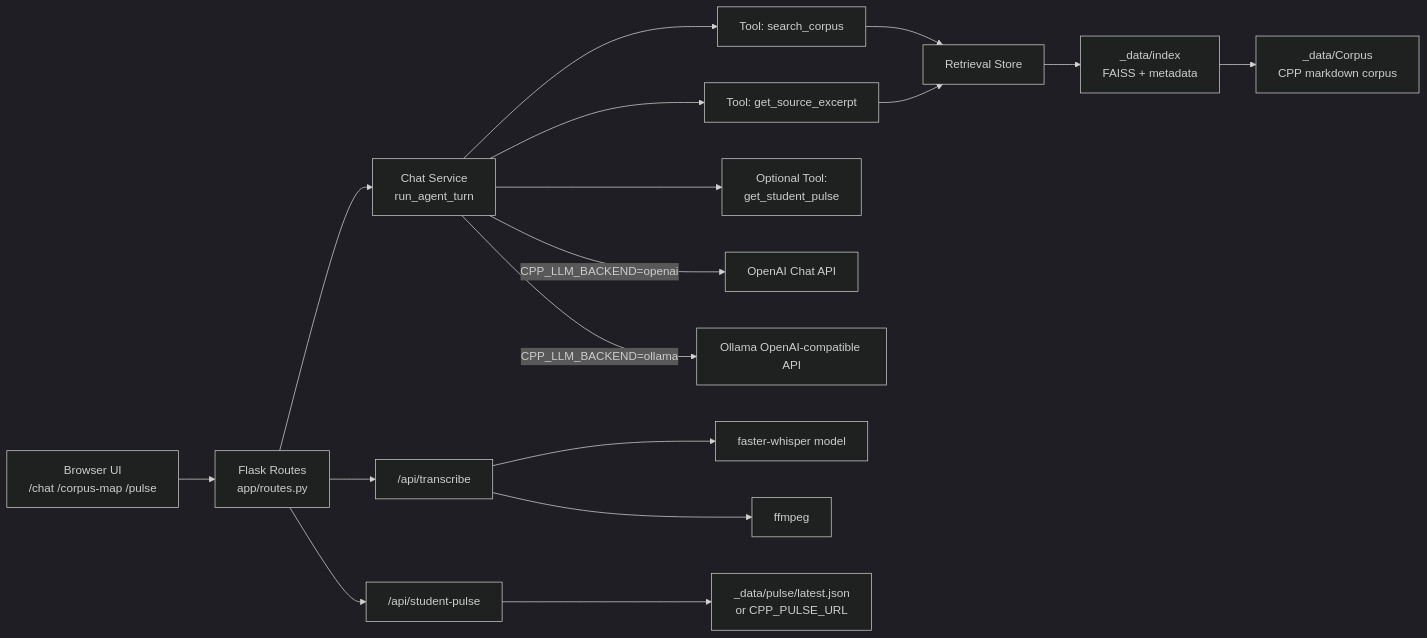
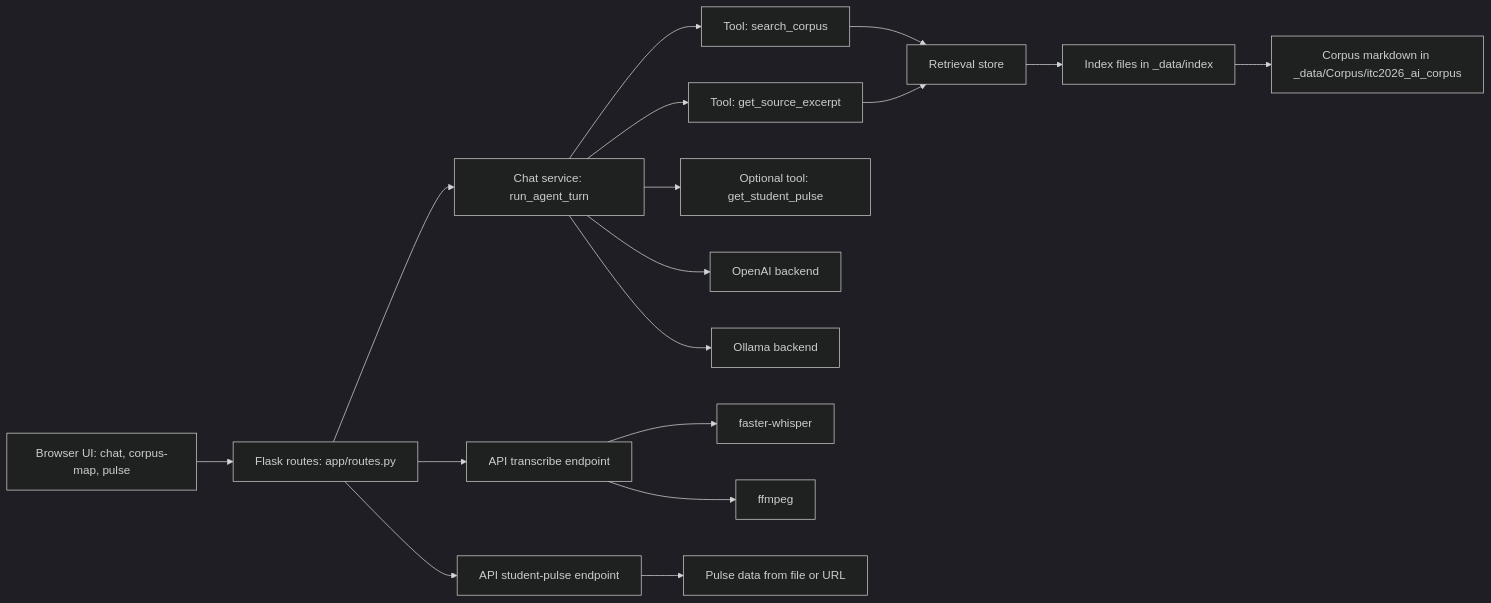
One commit to farmertakeover/Agent-Broncos_ITC-AI-Competition changed the diagram in README.md. Above: the diagram before and after it, drawn with Mermaid (dark theme). The commit also changed other lines of this file, not shown here.

Commit message:
README.md

````diff
--- a/README.md
+++ b/README.md
@@ -30,24 +30,24 @@
 ```mermaid
 flowchart LR
-    U[Browser UI<br/>/chat /corpus-map /pulse] --> F[Flask Routes<br/>app/routes.py]
+    UI["Browser UI: chat, corpus-map, pulse"] --> ROUTES["Flask routes: app/routes.py"]
 
-    F --> C[Chat Service<br/>run_agent_turn]
-    C --> T1[Tool: search_corpus]
-    C --> T2[Tool: get_source_excerpt]
-    C --> T3[Optional Tool:<br/>get_student_pulse]
+    ROUTES --> CHAT["Chat service: run_agent_turn"]
+    CHAT --> TOOL1["Tool: search_corpus"]
+    CHAT --> TOOL2["Tool: get_source_excerpt"]
+    CHAT --> TOOL3["Optional tool: get_student_pulse"]
 
-    T1 --> R[Retrieval Store]
-    T2 --> R
-    R --> I[_data/index<br/>FAISS + metadata]
-    I --> M[_data/Corpus<br/>CPP markdown corpus]
+    TOOL1 --> STORE["Retrieval store"]
+    TOOL2 --> STORE
+    STORE --> INDEX["Index files in _data/index"]
+    INDEX --> CORPUS["Corpus markdown in _data/Corpus/itc2026_ai_corpus"]
 
-    C -->|CPP_LLM_BACKEND=openai| OAI[OpenAI Chat API]
-    C -->|CPP_LLM_BACKEND=ollama| OLL[Ollama OpenAI-compatible API]
+    CHAT --> OPENAI["OpenAI backend"]
+    CHAT --> OLLAMA["Ollama backend"]
 
-    F --> STT["/api/transcribe"]
-    STT --> W[faster-whisper model]
-    STT --> FF[ffmpeg]
+    ROUTES --> STT["API transcribe endpoint"]
+    STT --> WHISPER["faster-whisper"]
+    STT --> FFMPEG["ffmpeg"]
 
-    F --> P["/api/student-pulse"]
-    P --> PF[_data/pulse/latest.json<br/>or CPP_PULSE_URL]
+    ROUTES --> PULSE["API student-pulse endpoint"]
+    PULSE --> PULSE_DATA["Pulse data from file or URL"]
 ```
````
